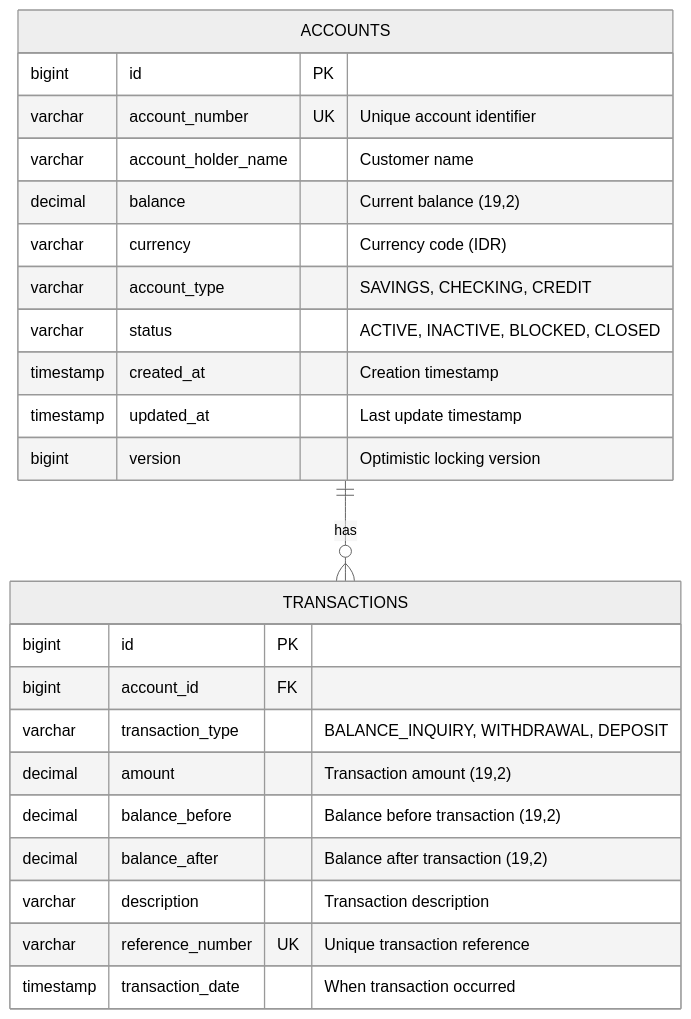
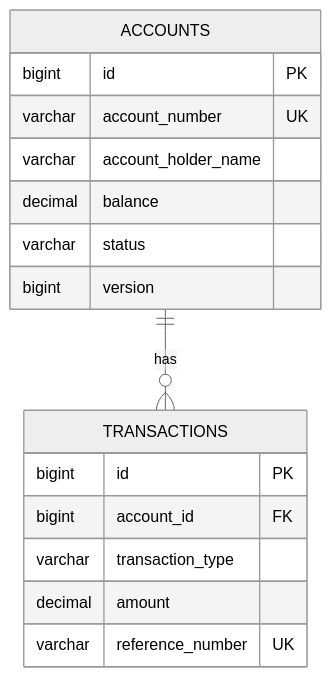
Before and after one commit to artivisi/training-spring-jpos-2025: the diagram in sample-apps/spring-jpos-atm-server/README.md, drawn with Mermaid (neutral theme). The commit also changed other lines of this file and 16 other files, not shown here.

````diff
--- a/sample-apps/spring-jpos-atm-server/README.md
+++ b/sample-apps/spring-jpos-atm-server/README.md
@@ -47,29 +186,21 @@
 ```mermaid
 erDiagram
     ACCOUNTS ||--o{ TRANSACTIONS : has
 
     ACCOUNTS {
         bigint id PK
-        varchar account_number UK "Unique account identifier"
-        varchar account_holder_name "Customer name"
-        decimal balance "Current balance (19,2)"
-        varchar currency "Currency code (IDR)"
-        varchar account_type "SAVINGS, CHECKING, CREDIT"
-        varchar status "ACTIVE, INACTIVE, BLOCKED, CLOSED"
-        timestamp created_at "Creation timestamp"
-        timestamp updated_at "Last update timestamp"
-        bigint version "Optimistic locking version"
+        varchar account_number UK
+        varchar account_holder_name
+        decimal balance
+        varchar status
+        bigint version
     }
 
     TRANSACTIONS {
         bigint id PK
         bigint account_id FK
-        varchar transaction_type "BALANCE_INQUIRY, WITHDRAWAL, DEPOSIT"
-        decimal amount "Transaction amount (19,2)"
-        decimal balance_before "Balance before transaction (19,2)"
-        decimal balance_after "Balance after transaction (19,2)"
-        varchar description "Transaction description"
-        varchar reference_number UK "Unique transaction reference"
-        timestamp transaction_date "When transaction occurred"
+        varchar transaction_type
+        decimal amount
+        varchar reference_number UK
     }
 ```
````
